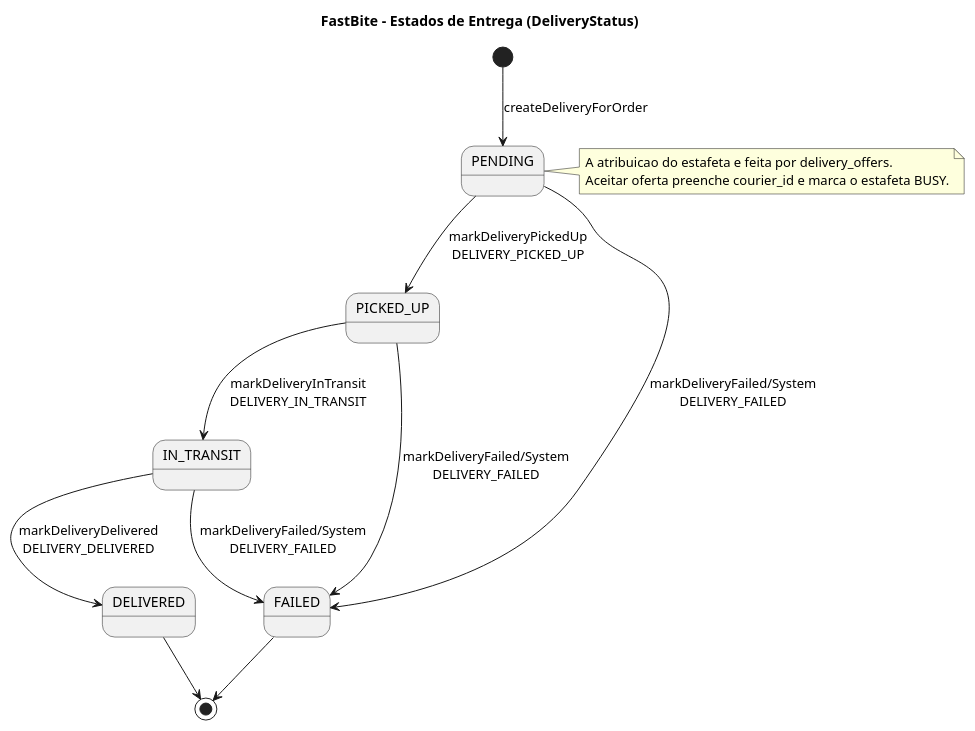
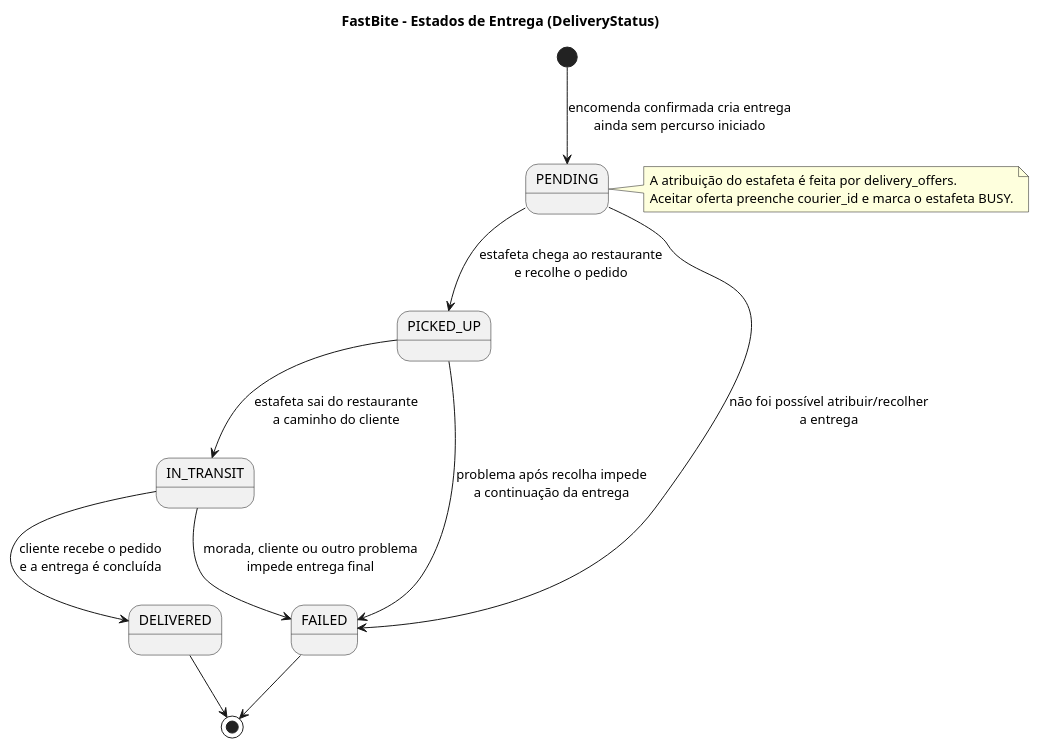
One commit to DuarteMSousa/FastBite changed the diagram in Documentacao/docs novas/04c_estado_entrega.puml. Above: the diagram before and after it, drawn with PlantUML. The commit also changed 10 other files, not shown here.

First line of the commit message:
Docs: update and add PUML diagrams

```diff
--- a/Documentacao/docs novas/04c_estado_entrega.puml
+++ b/Documentacao/docs novas/04c_estado_entrega.puml
@@ -1,25 +1,25 @@
 @startuml FastBite_State_Delivery
 title FastBite - Estados de Entrega (DeliveryStatus)
 
 skinparam shadowing false
 
-[*] --> PENDING : createDeliveryForOrder
+[*] --> PENDING : encomenda confirmada cria entrega\nainda sem percurso iniciado
 
-PENDING --> PICKED_UP : markDeliveryPickedUp\nDELIVERY_PICKED_UP
-PENDING --> FAILED : markDeliveryFailed/System\nDELIVERY_FAILED
+PENDING --> PICKED_UP : estafeta chega ao restaurante\ne recolhe o pedido
+PENDING --> FAILED : não foi possível atribuir/recolher\na entrega
 
-PICKED_UP --> IN_TRANSIT : markDeliveryInTransit\nDELIVERY_IN_TRANSIT
-PICKED_UP --> FAILED : markDeliveryFailed/System\nDELIVERY_FAILED
+PICKED_UP --> IN_TRANSIT : estafeta sai do restaurante\na caminho do cliente
+PICKED_UP --> FAILED : problema após recolha impede\na continuação da entrega
 
-IN_TRANSIT --> DELIVERED : markDeliveryDelivered\nDELIVERY_DELIVERED
-IN_TRANSIT --> FAILED : markDeliveryFailed/System\nDELIVERY_FAILED
+IN_TRANSIT --> DELIVERED : cliente recebe o pedido\ne a entrega é concluída
+IN_TRANSIT --> FAILED : morada, cliente ou outro problema\nimpede entrega final
 
 DELIVERED --> [*]
 FAILED --> [*]
 
 note right of PENDING
-  A atribuicao do estafeta e feita por delivery_offers.
+  A atribuição do estafeta é feita por delivery_offers.
   Aceitar oferta preenche courier_id e marca o estafeta BUSY.
 end note
 
 @enduml
```
